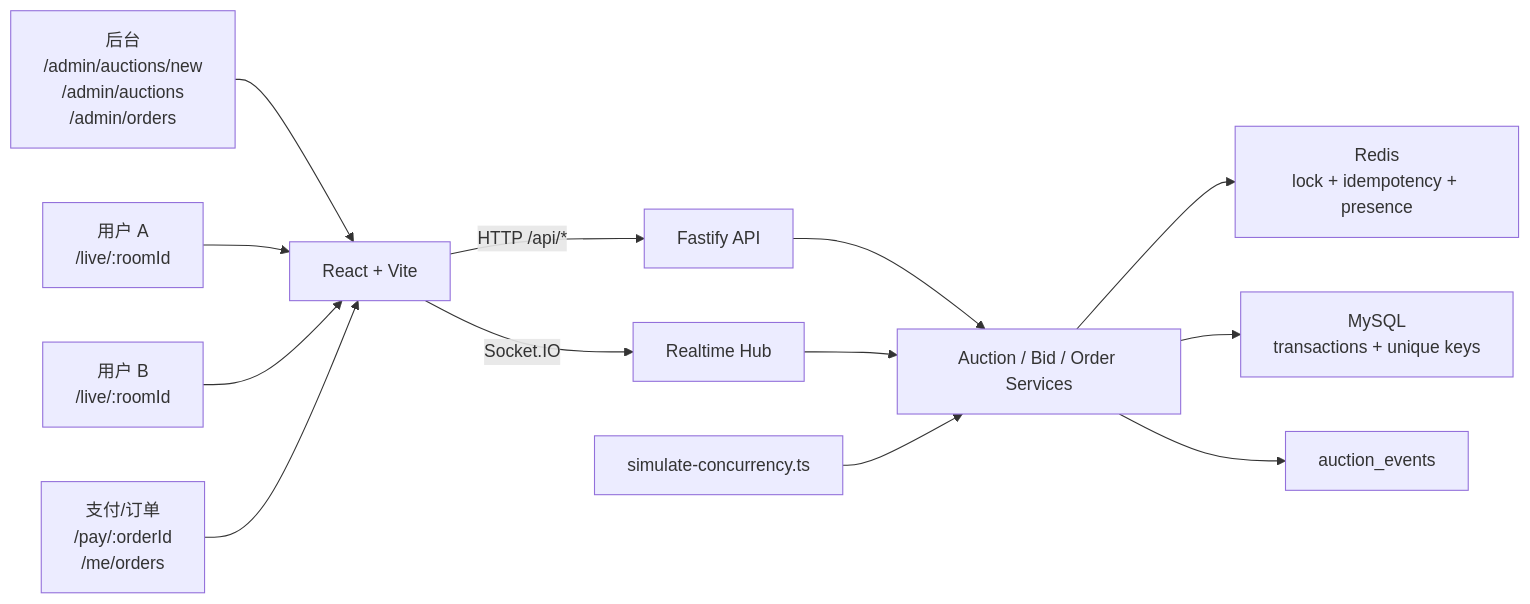
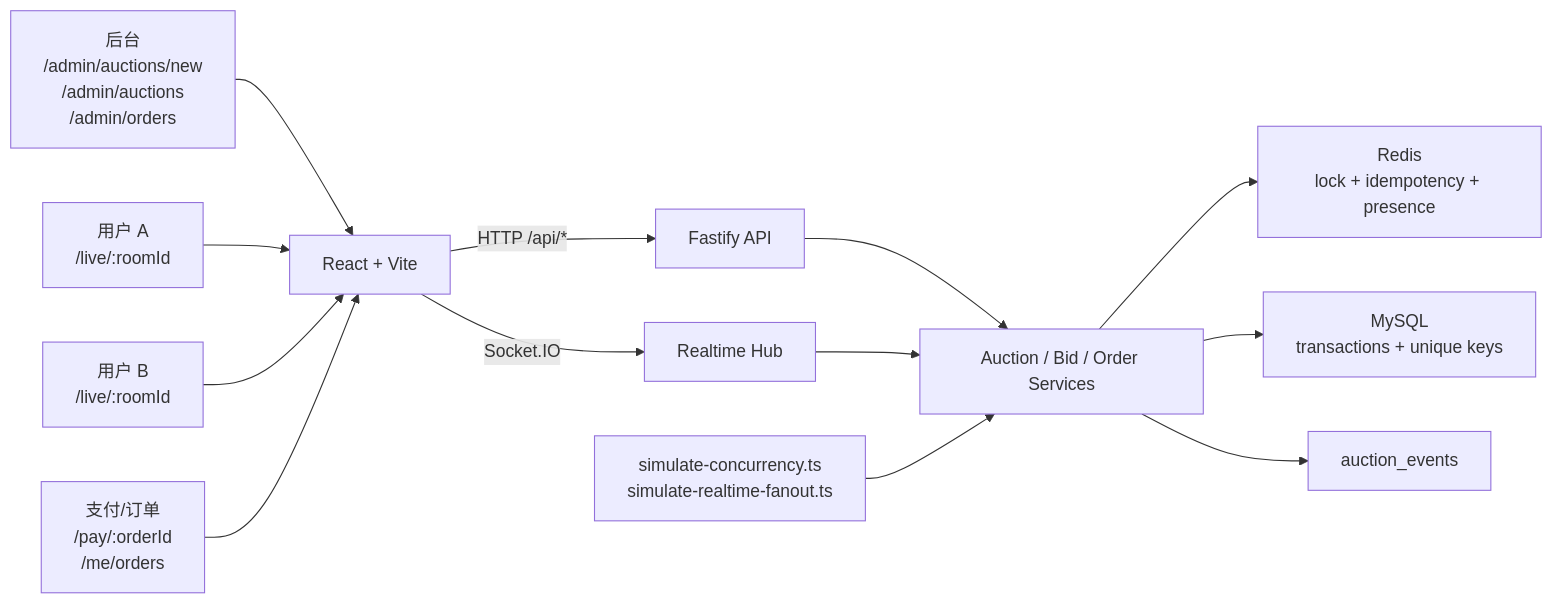
The first of 2 diagrams in docs/technical_defense.md (haolin6/tiktok), drawn with Mermaid before and after one commit. The commit also changed other lines of this file and 23 other files, not shown here.

````diff
--- a/docs/technical_defense.md
+++ b/docs/technical_defense.md
@@ -5,16 +5,16 @@
 ```mermaid
 flowchart LR
   Admin["后台<br/>/admin/auctions/new<br/>/admin/auctions<br/>/admin/orders"] --> Web["React + Vite"]
   UserA["用户 A<br/>/live/:roomId"] --> Web
   UserB["用户 B<br/>/live/:roomId"] --> Web
   Pay["支付/订单<br/>/pay/:orderId<br/>/me/orders"] --> Web
 
   Web -->|"HTTP /api/*"| API["Fastify API"]
   Web -->|"Socket.IO"| WS["Realtime Hub"]
   API --> Service["Auction / Bid / Order Services"]
   WS --> Service
   Service --> Redis["Redis<br/>lock + idempotency + presence"]
   Service --> MySQL["MySQL<br/>transactions + unique keys"]
   Service --> Events["auction_events"]
-  Demo["simulate-concurrency.ts"] --> Service
+  Demo["simulate-concurrency.ts<br/>simulate-realtime-fanout.ts"] --> Service
 ```
````
